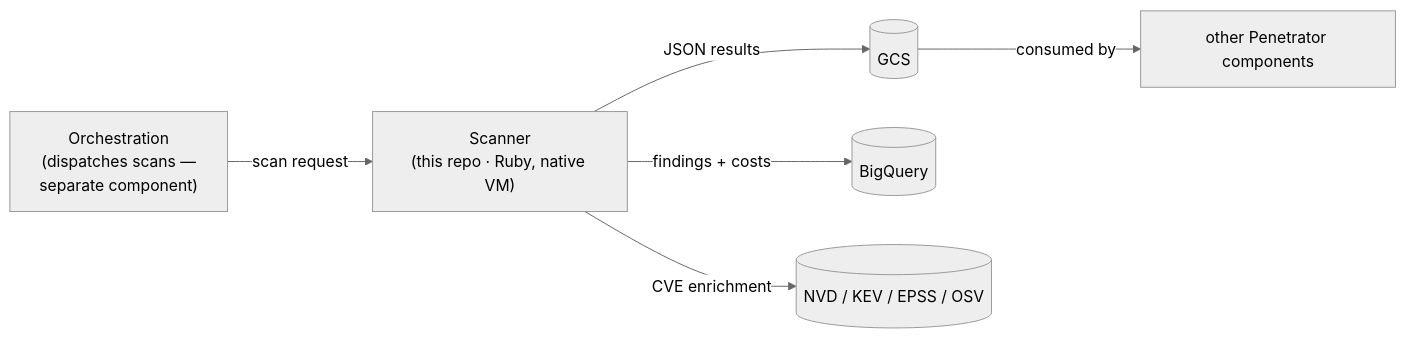
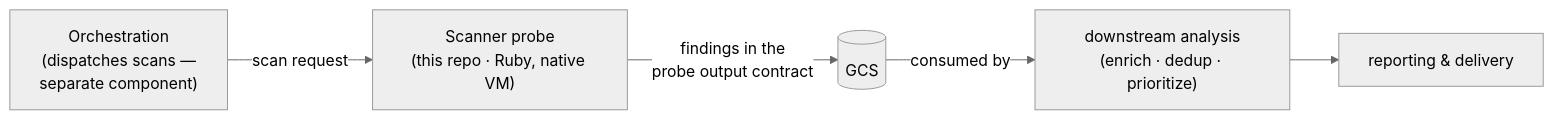
Before and after one commit to Peregrine-Technology-Systems/peregrine-penetrator-scanner: the first of 3 diagrams in README.md, drawn with Mermaid (neutral theme). The commit also changed other lines of this file and 1 other file, not shown here.

First line of the commit message:
docs: README — describe the scanner as a thin probe (#973)

````diff
--- a/README.md
+++ b/README.md
@@ -30,8 +30,7 @@
 ```mermaid
 graph LR
-    Orchestration["Orchestration<br/>(dispatches scans —<br/>separate component)"] -->|scan request| Scanner["Scanner<br/>(this repo · Ruby, native VM)"]
-    Scanner -->|JSON results| GCS[(GCS)]
-    Scanner -->|findings + costs| BQ[(BigQuery)]
-    Scanner -->|CVE enrichment| CVE[(NVD / KEV / EPSS / OSV)]
-    GCS -->|consumed by| Other["other Penetrator components"]
+    Orchestration["Orchestration<br/>(dispatches scans —<br/>separate component)"] -->|scan request| Scanner["Scanner probe<br/>(this repo · Ruby, native VM)"]
+    Scanner -->|findings in the<br/>probe output contract| GCS[(GCS)]
+    GCS -->|consumed by| Analysis["downstream analysis<br/>(enrich · dedup · prioritize)"]
+    Analysis --> Reporting["reporting & delivery"]
 ```
````
